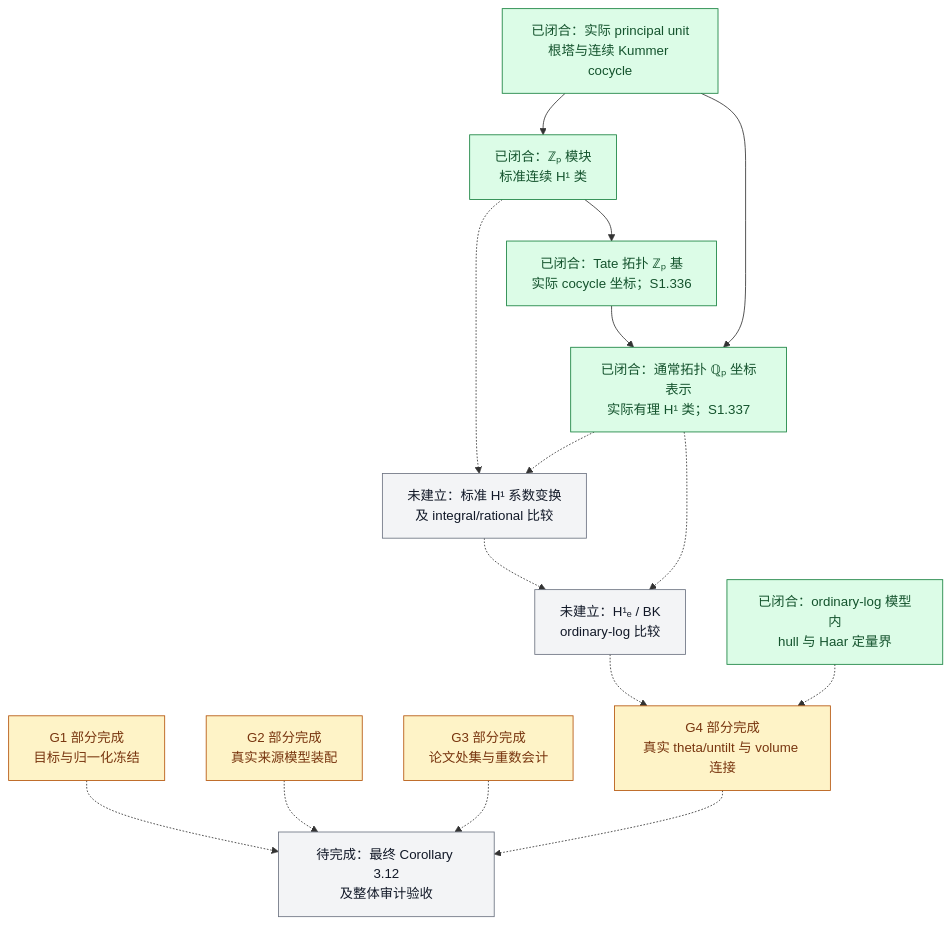
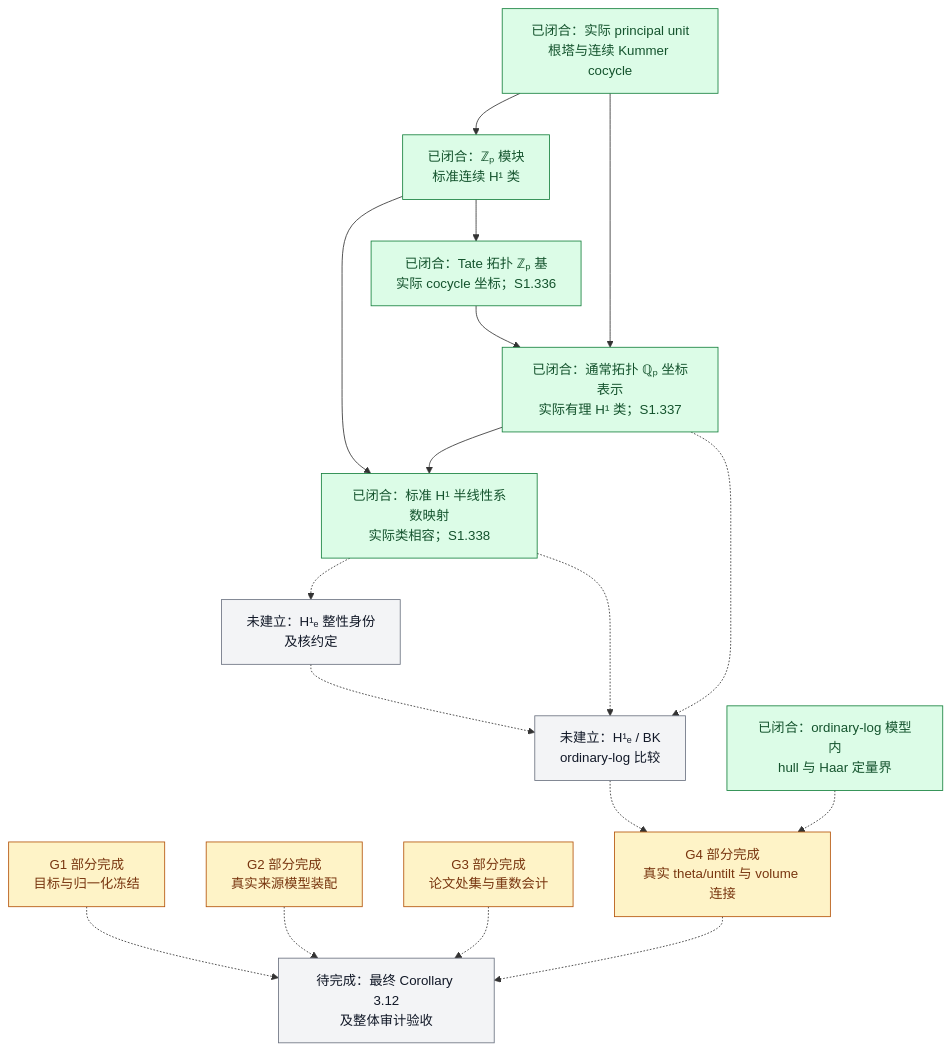
One commit to Ember-Institute/KirtiJoshi-abc changed the diagram in docs/Scene1进度总览.md. Above: the diagram before and after it, drawn with Mermaid. The commit also changed other lines of this file and 10 other files, not shown here.

Commit message:
feat(scene1): compare standard integral and rational Kummer classes

````diff
--- a/docs/Scene1进度总览.md
+++ b/docs/Scene1进度总览.md
@@ -75,37 +75,40 @@
 ```mermaid
 flowchart TD
     K["已闭合：实际 principal unit<br/>根塔与连续 Kummer cocycle"]
     Z["已闭合：ℤₚ 模块<br/>标准连续 H¹ 类"]
     T["已闭合：Tate 拓扑 ℤₚ 基<br/>实际 cocycle 坐标；S1.336"]
     Q["已闭合：通常拓扑 ℚₚ 坐标表示<br/>实际有理 H¹ 类；S1.337"]
-    I["未建立：标准 H¹ 系数变换<br/>及 integral/rational 比较"]
+    I["已闭合：标准 H¹ 半线性系数映射<br/>实际类相容；S1.338"]
+    J["未建立：H¹ₑ 整性身份<br/>及核约定"]
     B["未建立：H¹ₑ / BK<br/>ordinary-log 比较"]
     H["已闭合：ordinary-log 模型内<br/>hull 与 Haar 定量界"]
     V["G4 部分完成<br/>真实 theta/untilt 与 volume 连接"]
     G1["G1 部分完成<br/>目标与归一化冻结"]
     G2["G2 部分完成<br/>真实来源模型装配"]
     G3["G3 部分完成<br/>论文处集与重数会计"]
     C["待完成：最终 Corollary 3.12<br/>及整体审计验收"]
 
     K --> Z
     Z --> T
     T --> Q
     K --> Q
-    Z -.-> I
-    Q -.-> I
+    Z --> I
+    Q --> I
+    I -.-> J
+    J -.-> B
     I -.-> B
     Q -.-> B
     B -.-> V
     H -.-> V
     G1 -.-> C
     G2 -.-> C
     G3 -.-> C
     V -.-> C
 
     classDef done fill:#dcfce7,stroke:#15803d,color:#14532d;
     classDef partial fill:#fef3c7,stroke:#b45309,color:#78350f;
     classDef open fill:#f3f4f6,stroke:#6b7280,color:#111827;
-    class K,Z,T,Q,H done;
+    class K,Z,T,Q,H,I done;
     class G1,G2,G3,V partial;
-    class I,B,C open;
+    class J,B,C open;
 ```
````
